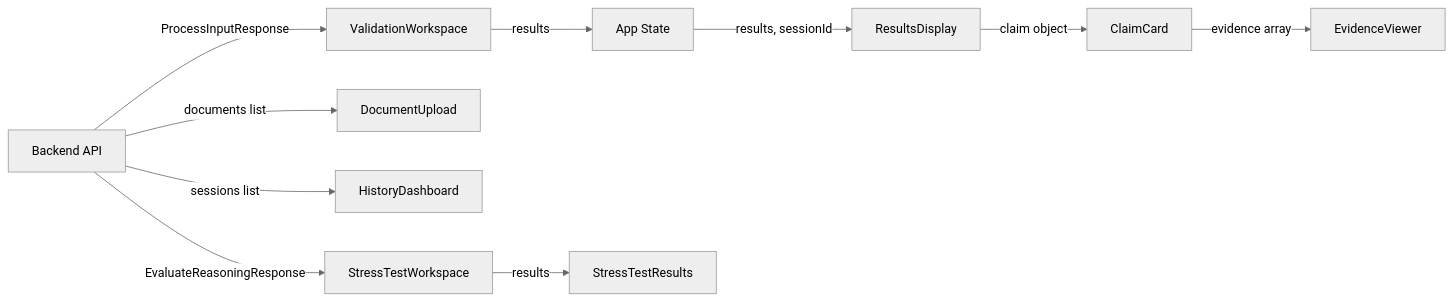
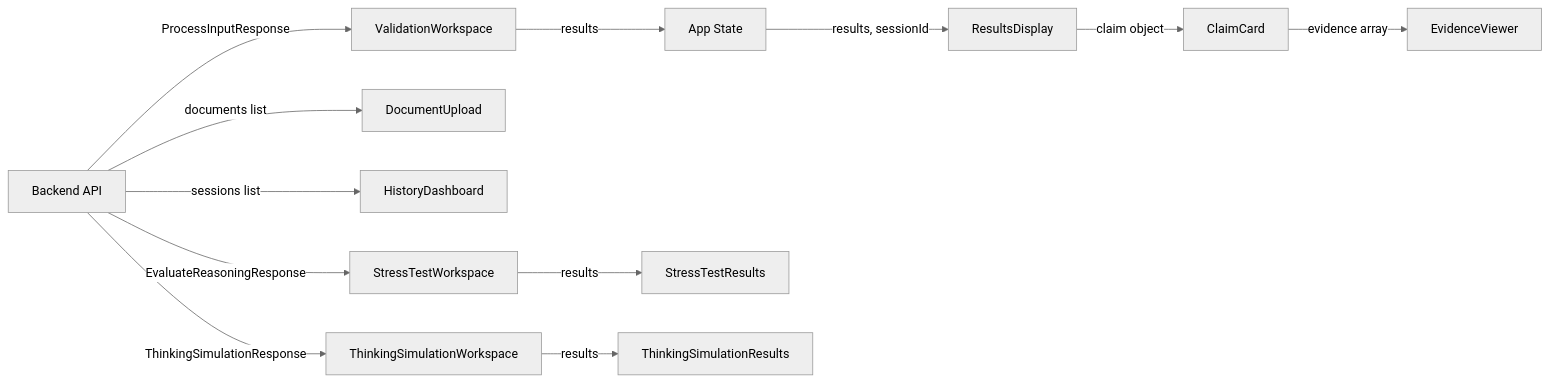
One commit to chandan112307/evilearn-2 changed the third of 4 diagrams in frontend/README.md. Above: the diagram before and after it, drawn with Mermaid (neutral theme). The commit also changed other lines of this file and 3 other files, not shown here.

First line of the commit message:
docs: update all READMEs with graph-based cognitive reasoning engine architecture

````diff
--- a/frontend/README.md
+++ b/frontend/README.md
@@ -317,13 +382,15 @@
 ```mermaid
 flowchart LR
     A[Backend API] -->|ProcessInputResponse| B[ValidationWorkspace]
     B -->|results| C[App State]
     C -->|results, sessionId| D[ResultsDisplay]
     D -->|claim object| E[ClaimCard]
     E -->|evidence array| F[EvidenceViewer]
 
     A -->|documents list| G[DocumentUpload]
     A -->|sessions list| H[HistoryDashboard]
     A -->|EvaluateReasoningResponse| I[StressTestWorkspace]
     I -->|results| J[StressTestResults]
+    A -->|ThinkingSimulationResponse| K[ThinkingSimulationWorkspace]
+    K -->|results| L[ThinkingSimulationResults]
 ```
````
